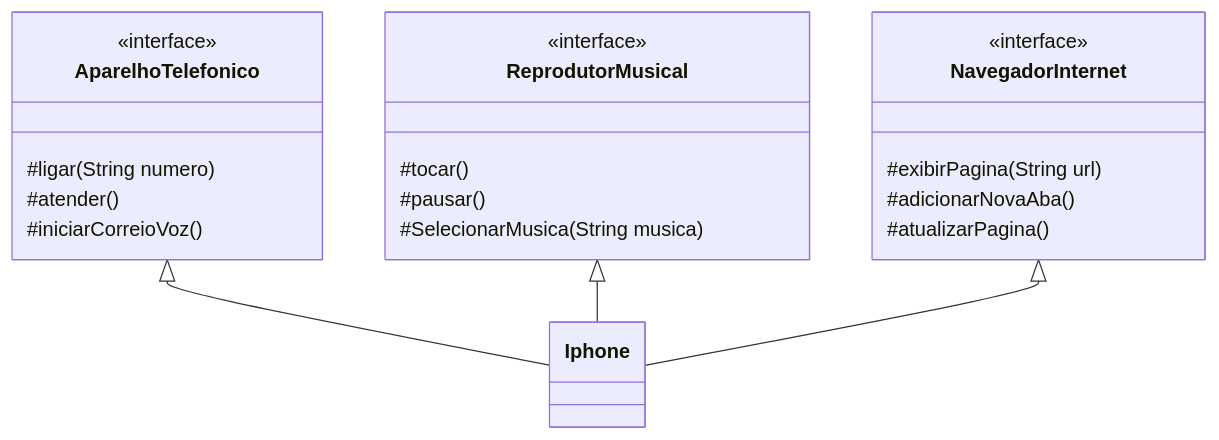
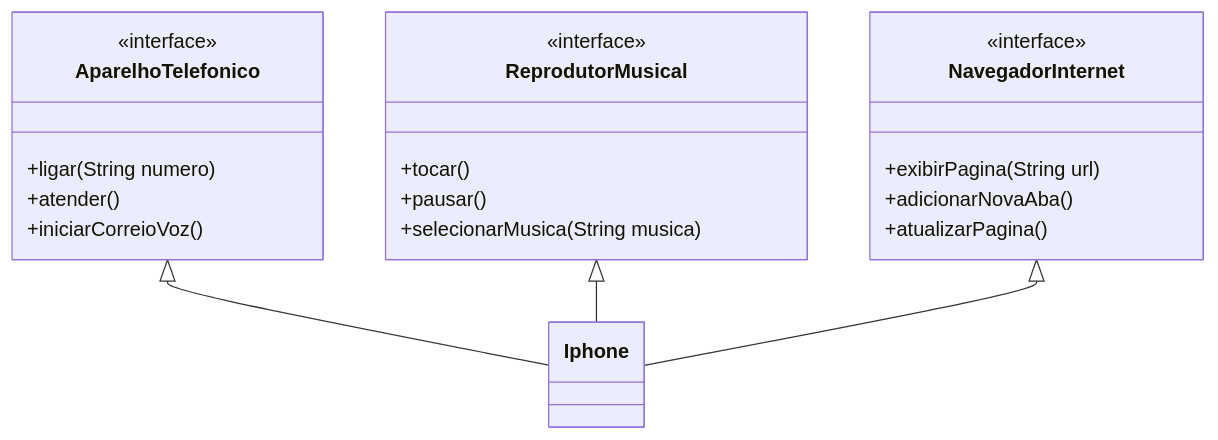
The diagram in README.md (ArturMagioli/desafio-poo-dio), drawn with Mermaid before and after one commit.

Commit message:
fix: modifiers to interface

`````diff
--- a/README.md
+++ b/README.md
@@ -1,31 +1,31 @@
 ```mermaid
 classDiagram
     class AparelhoTelefonico {
-        #ligar(String numero)
-        #atender()
-        #iniciarCorreioVoz()
+        +ligar(String numero)
+        +atender()
+        +iniciarCorreioVoz()
     }
 
     class Iphone {
     }
 
     class ReprodutorMusical {
-        #tocar()
-        #pausar()
-        #SelecionarMusica(String musica)
+        +tocar()
+        +pausar()
+        +selecionarMusica(String musica)
     }
 
     class NavegadorInternet {
-        #exibirPagina(String url)
-        #adicionarNovaAba()
-        #atualizarPagina()
+        +exibirPagina(String url)
+        +adicionarNovaAba()
+        +atualizarPagina()
     }
 
     <<interface>> AparelhoTelefonico
     <<interface>> ReprodutorMusical
     <<interface>> NavegadorInternet
 
     AparelhoTelefonico <|-- Iphone
     ReprodutorMusical <|-- Iphone
     NavegadorInternet <|-- Iphone
 ````
`````
